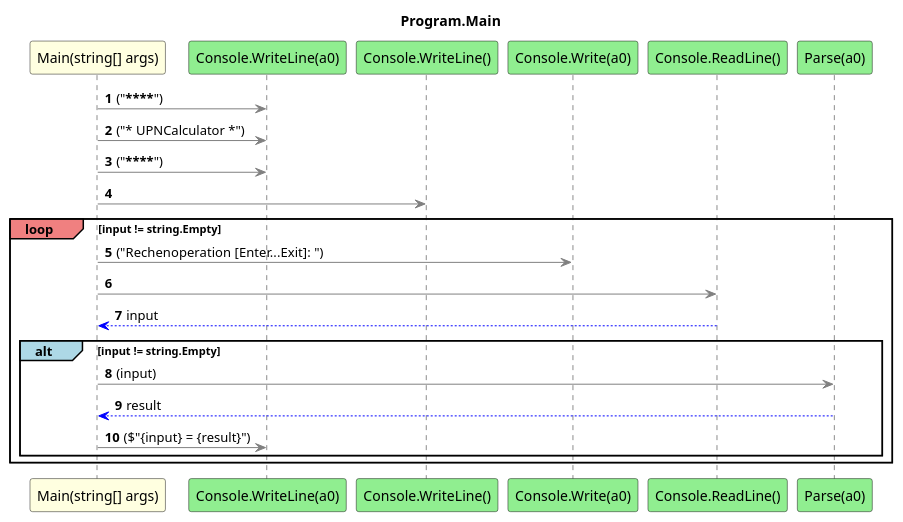
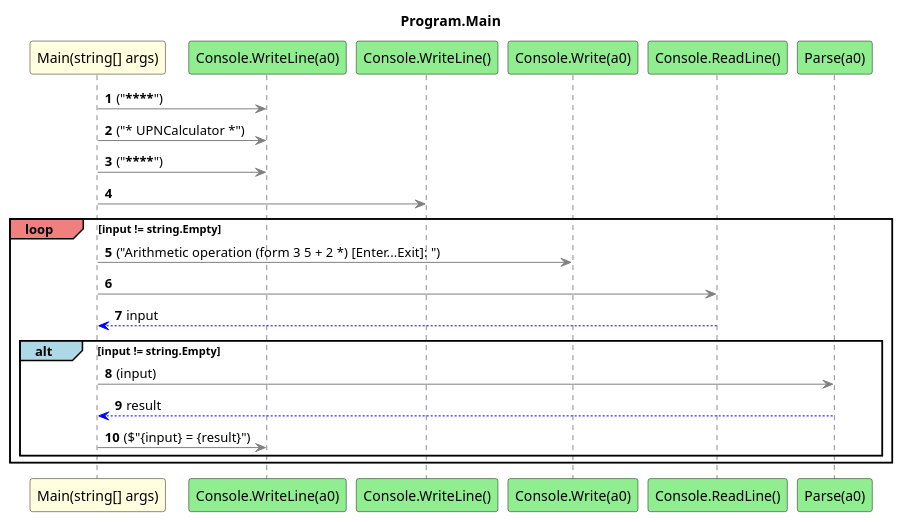
One commit to leoggehrer/2324-34_ABIF_ACIF_POSE changed the diagram in UPNCalculator.ConApp/diagrams/sq_Program_Main.puml. Above: the diagram before and after it, drawn with PlantUML. The commit also changed 14 other files, not shown here.

```diff
--- a/UPNCalculator.ConApp/diagrams/sq_Program_Main.puml
+++ b/UPNCalculator.ConApp/diagrams/sq_Program_Main.puml
@@ -1,24 +1,24 @@
 @startuml Program.Main
 title Program.Main
 participant "Main(string[] args)" as Main_p0 #LightYellow
 participant "Console.WriteLine(a0)" as Console_WriteLine_a0 #LightGreen
 participant "Console.WriteLine()" as Console_WriteLine #LightGreen
 participant "Console.Write(a0)" as Console_Write_a0 #LightGreen
 participant "Console.ReadLine()" as Console_ReadLine #LightGreen
 participant "Parse(a0)" as Parse_a0 #LightGreen
 autonumber
 Main_p0 -[#grey]> Console_WriteLine_a0 : ("********************")
 Main_p0 -[#grey]> Console_WriteLine_a0 : ("* UPNCalculator *")
 Main_p0 -[#grey]> Console_WriteLine_a0 : ("********************")
 Main_p0 -[#grey]> Console_WriteLine
 loop#LightCoral input != string.Empty
- Main_p0 -[#grey]> Console_Write_a0 : ("Rechenoperation [Enter...Exit]: ")
+ Main_p0 -[#grey]> Console_Write_a0 : ("Arithmetic operation (form 3 5 + 2 *) [Enter...Exit]: ")
  Main_p0 -[#grey]> Console_ReadLine
  Console_ReadLine -[#blue]-> Main_p0 : input
  alt#LightBlue input != string.Empty
  Main_p0 -[#grey]> Parse_a0 : (input)
  Parse_a0 -[#blue]-> Main_p0 : result
  Main_p0 -[#grey]> Console_WriteLine_a0 : ($"{input} = {result}")
  end
 end
 @enduml
```
